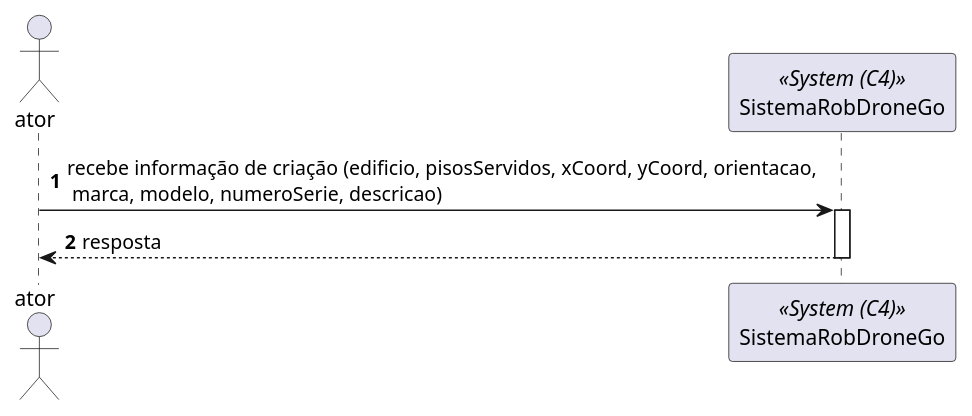
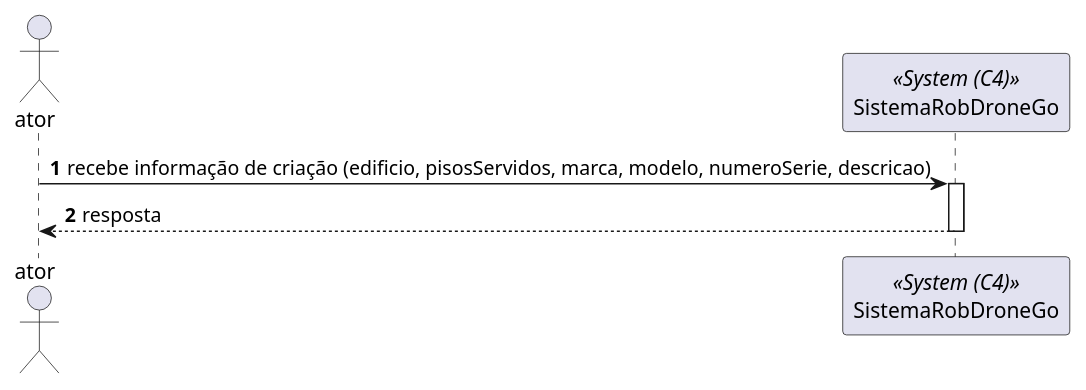
One commit to SEM5PI2324G58/sem5pi_g58_23_24 changed the diagram in docs/Sprint_A/US_270/N1/N1_VP.puml. Above: the diagram before and after it, drawn with PlantUML. The commit also changed 6 other files, not shown here.

Commit message:
[US270][Design] Atualização dos diagramas da VP e coreção do .md

```diff
--- a/docs/Sprint_A/US_270/N1/N1_VP.puml
+++ b/docs/Sprint_A/US_270/N1/N1_VP.puml
@@ -1,8 +1,8 @@
 autonumber
 
 actor ator 
 participant "SistemaRobDroneGo" as sistema <<System (C4)>>
 
-ator -> sistema: recebe informação de criação (edificio, pisosServidos, xCoord, yCoord, orientacao,\n marca, modelo, numeroSerie, descricao)
+ator -> sistema: recebe informação de criação (edificio, pisosServidos, marca, modelo, numeroSerie, descricao)
 activate sistema
 return resposta
```
